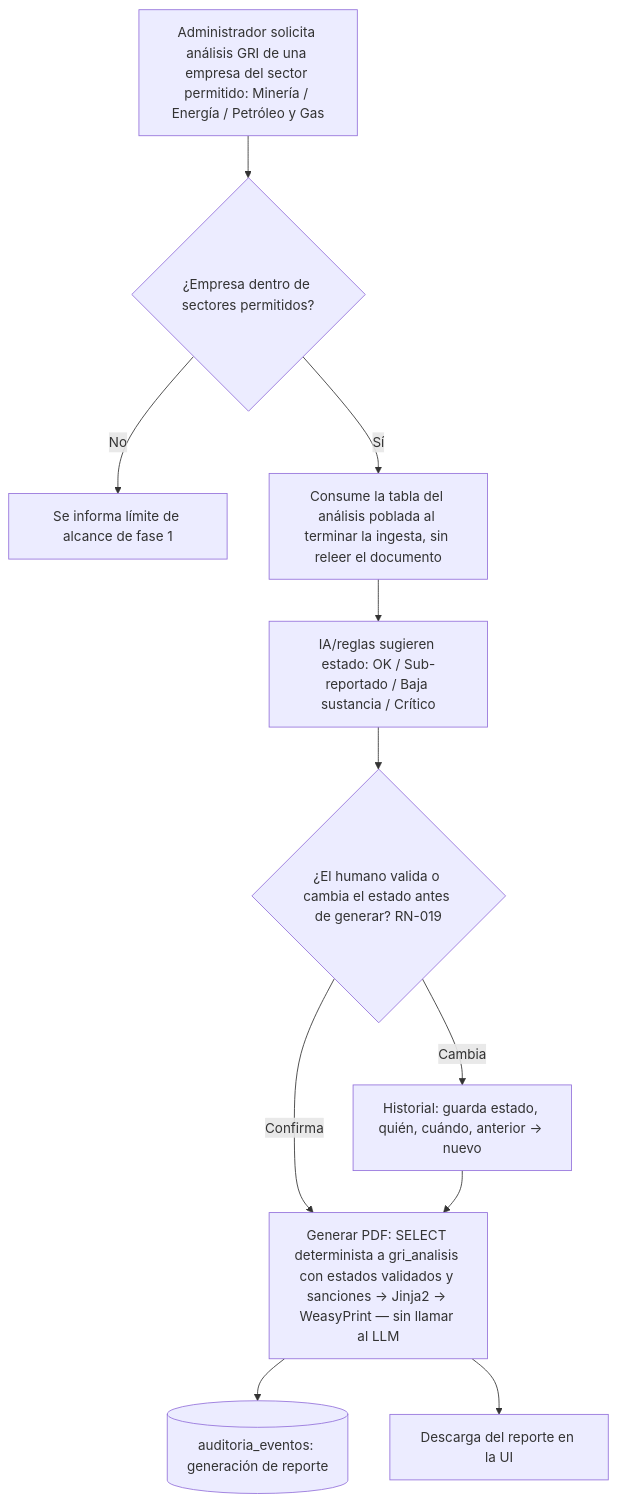
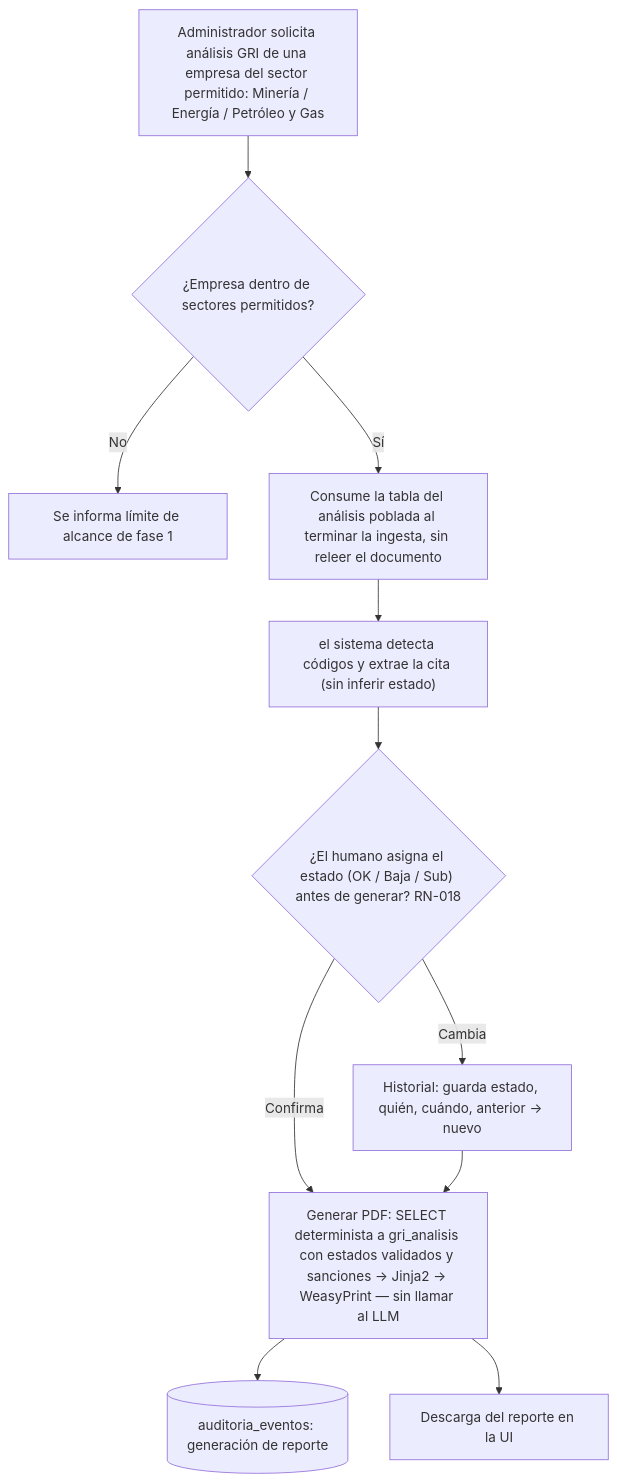
One commit to lFunkwnon01/igualab_md changed the third of 3 diagrams in FASE 1/01-Analisis-y-Diseno/03-Diagramas-de-Procesos-TO-BE.md. Above: the diagram before and after it, drawn with Mermaid. The commit also changed other lines of this file and 17 other files, not shown here.

````diff
--- a/FASE 1/01-Analisis-y-Diseno/03-Diagramas-de-Procesos-TO-BE.md
+++ b/FASE 1/01-Analisis-y-Diseno/03-Diagramas-de-Procesos-TO-BE.md
@@ -46,14 +46,14 @@
 ```mermaid
 flowchart TD
     S["Administrador solicita análisis GRI de una empresa del sector permitido: Minería / Energía / Petróleo y Gas"]
     S --> R1{"¿Empresa dentro de sectores permitidos?"}
     R1 -- No --> DEN["Se informa límite de alcance de fase 1"]
     R1 -- Sí --> RAW["Consume la tabla del análisis poblada al terminar la ingesta, sin releer el documento"]
-    RAW --> SUG["IA/reglas sugieren estado: OK / Sub-reportado / Baja sustancia / Crítico"]
-    SUG --> HUM{"¿El humano valida o cambia el estado antes de generar? RN-019"}
+    RAW --> SUG["el sistema detecta códigos y extrae la cita (sin inferir estado)"]
+    SUG --> HUM{"¿El humano asigna el estado (OK / Baja / Sub) antes de generar? RN-018"}
     HUM -- Cambia --> REG["Historial: guarda estado, quién, cuándo, anterior → nuevo"]
     HUM -- Confirma --> GEN
     REG --> GEN["Generar PDF: SELECT determinista a gri_analisis con estados validados y sanciones → Jinja2 → WeasyPrint — sin llamar al LLM"]
     GEN --> AUD2[("auditoria_eventos: generación de reporte")]
     GEN --> DL["Descarga del reporte en la UI"]
 ```
````
